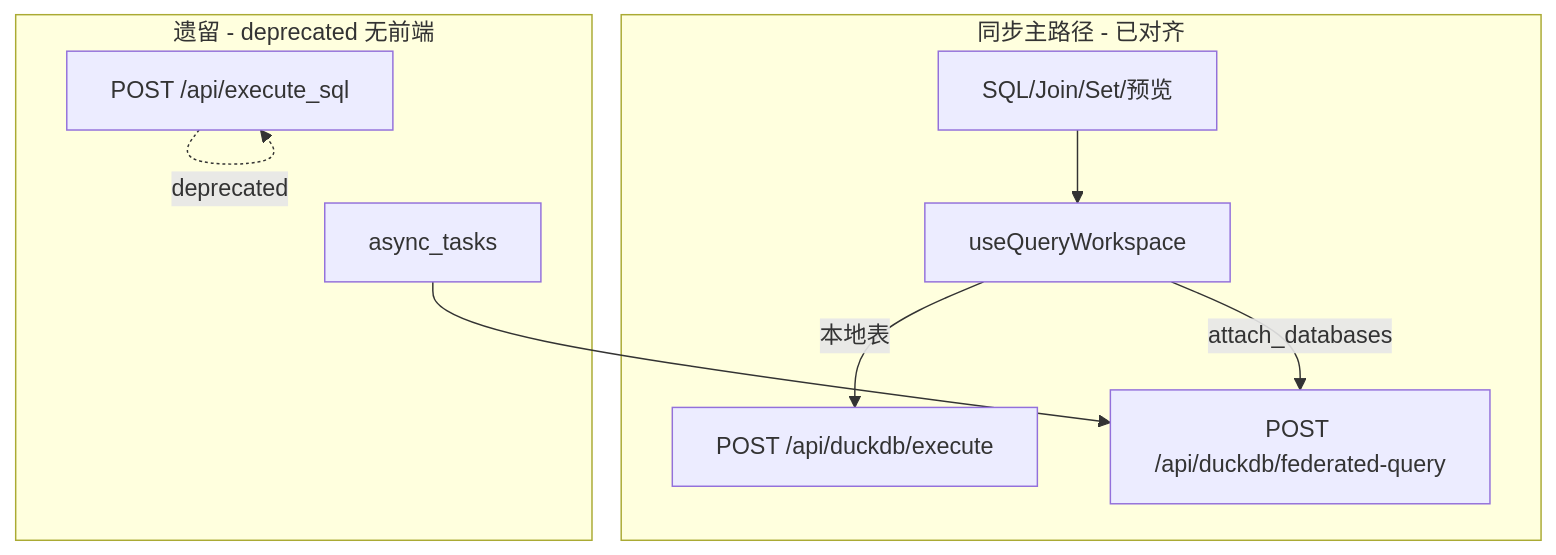
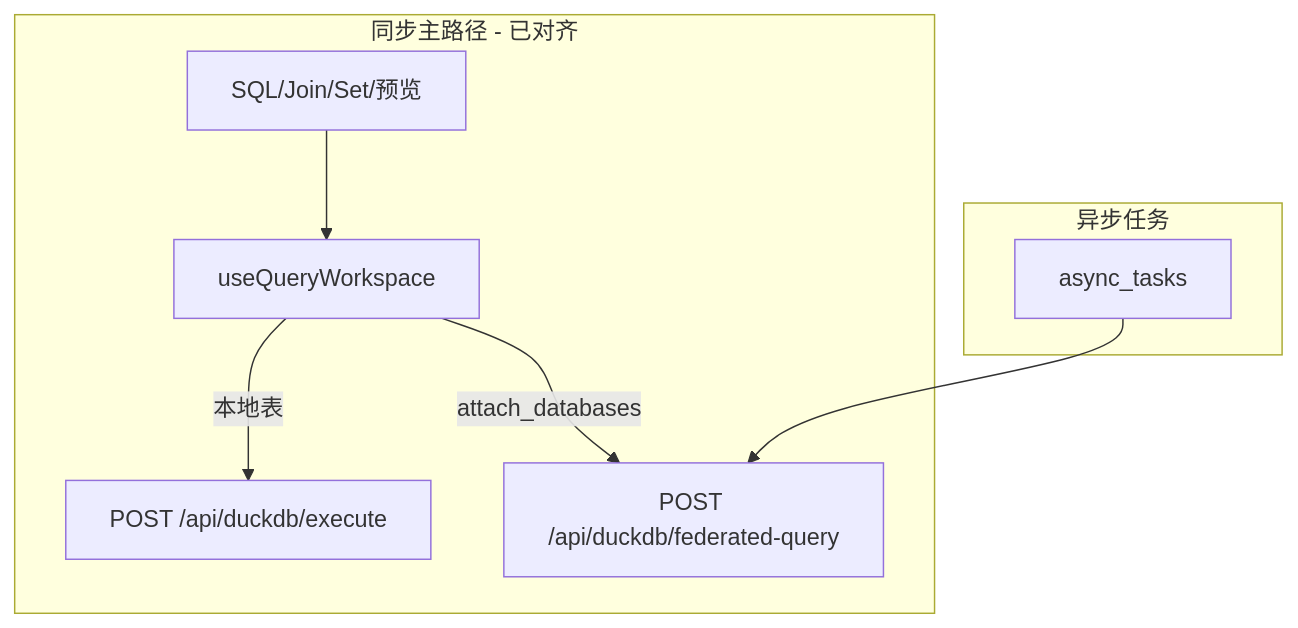
Before and after one commit to Chenkeliang/duckdb-query: the diagram in docs/FE_BE_AUDIT.md, drawn with Mermaid. The commit also changed other lines of this file and 247 other files, not shown here.

````diff
--- a/docs/FE_BE_AUDIT.md
+++ b/docs/FE_BE_AUDIT.md
@@ -127,17 +126,15 @@
 ```mermaid
 flowchart TB
   subgraph sync_ok [同步主路径 - 已对齐]
     UI[SQL/Join/Set/预览]
     WS[useQueryWorkspace]
     DUCK[POST /api/duckdb/execute]
     FED[POST /api/duckdb/federated-query]
     UI --> WS
     WS -->|本地表| DUCK
     WS -->|attach_databases| FED
   end
-  subgraph legacy [遗留 - deprecated 无前端]
-    EX[POST /api/execute_sql]
-    EX -.->|deprecated| EX
+  subgraph async_path [异步任务]
     ASYNC[async_tasks] --> FED
   end
 ```
````
